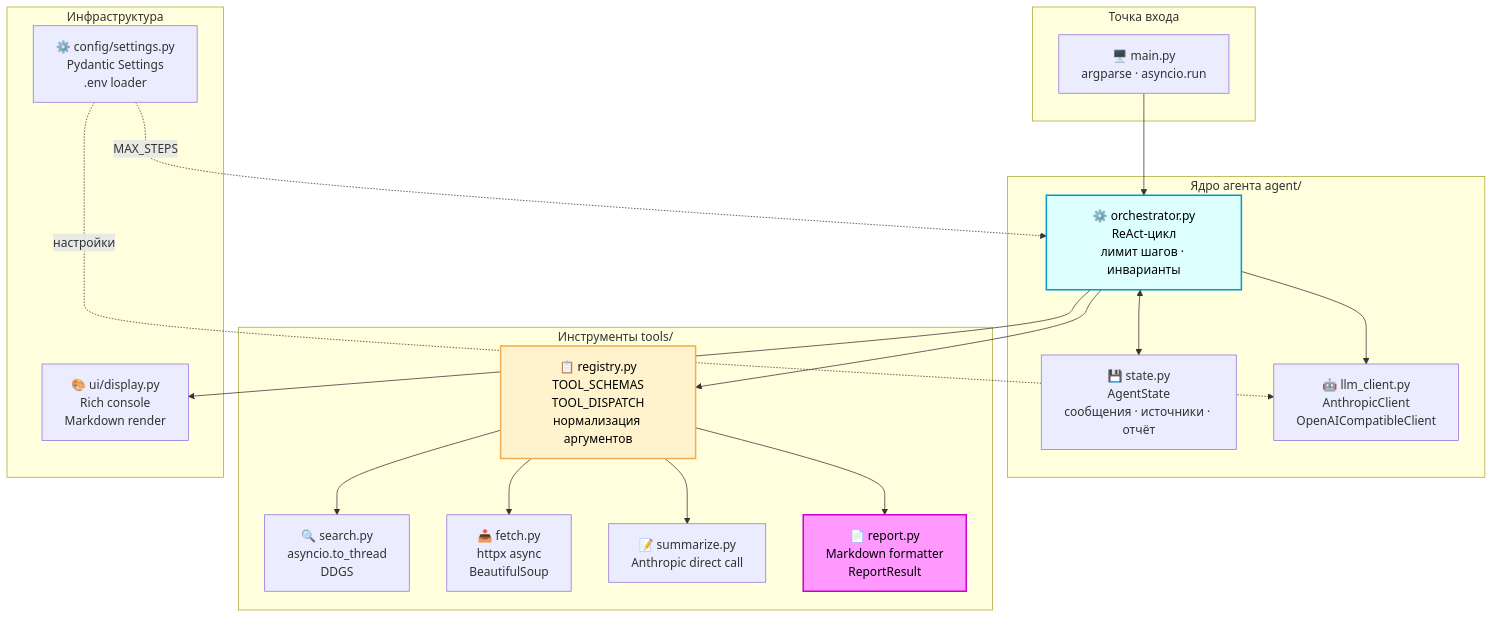
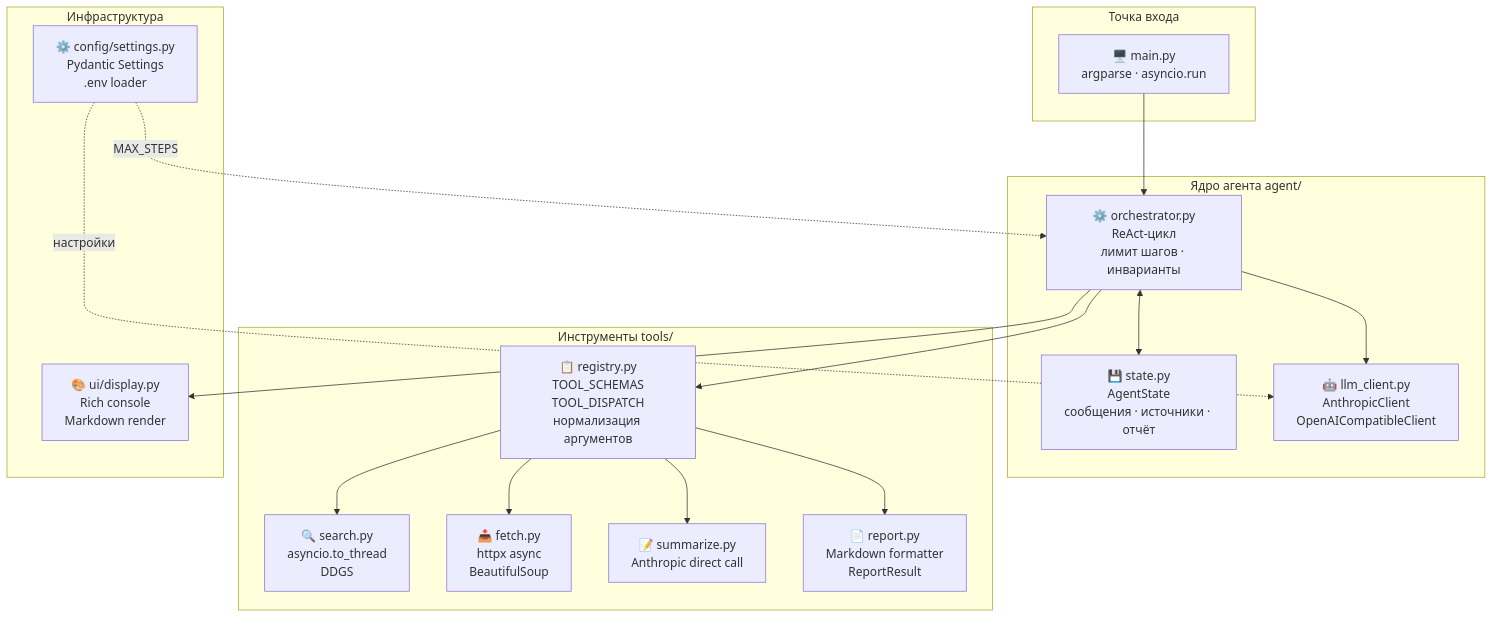
The first of 2 diagrams in docs/02-architecture.md (ivanshamaev/research-agent), drawn with Mermaid before and after one commit. The commit also changed 5 other files, not shown here.

First line of the commit message:
docs: remove inline style directives from all mermaid diagrams

````diff
--- a/docs/02-architecture.md
+++ b/docs/02-architecture.md
@@ -5,41 +5,38 @@
 ```mermaid
 graph TD
     subgraph entry["Точка входа"]
         CLI["🖥️ main.py\nargparse · asyncio.run"]
     end
 
     subgraph core["Ядро агента  agent/"]
         Orch["⚙️ orchestrator.py\nReAct-цикл\nлимит шагов · инварианты"]
         State["💾 state.py\nAgentState\nсообщения · источники · отчёт"]
         LLM["🤖 llm_client.py\nAnthropicClient\nOpenAICompatibleClient"]
     end
 
     subgraph tools["Инструменты  tools/"]
         Registry["📋 registry.py\nTOOL_SCHEMAS\nTOOL_DISPATCH\nнормализация аргументов"]
         Search["🔍 search.py\nasyncio.to_thread\nDDGS"]
         Fetch["📥 fetch.py\nhttpx async\nBeautifulSoup"]
         Summ["📝 summarize.py\nAnthropic direct call"]
         Report["📄 report.py\nMarkdown formatter\nReportResult"]
     end
 
     subgraph infra["Инфраструктура"]
         Config["⚙️ config/settings.py\nPydantic Settings\n.env loader"]
         UI["🎨 ui/display.py\nRich console\nMarkdown render"]
     end
 
     CLI --> Orch
     Orch <--> State
     Orch --> LLM
     Orch --> Registry
     Registry --> Search
     Registry --> Fetch
     Registry --> Summ
     Registry --> Report
     Config -.->|настройки| LLM
     Config -.->|MAX_STEPS| Orch
     Orch --> UI
 
-    style Report fill:#f9f,stroke:#c0c,stroke-width:2px,color:#000
-    style Orch fill:#dff,stroke:#09c,stroke-width:2px,color:#000
-    style Registry fill:#fff3cd,stroke:#f0ad4e,stroke-width:2px,color:#000
 ```
````
